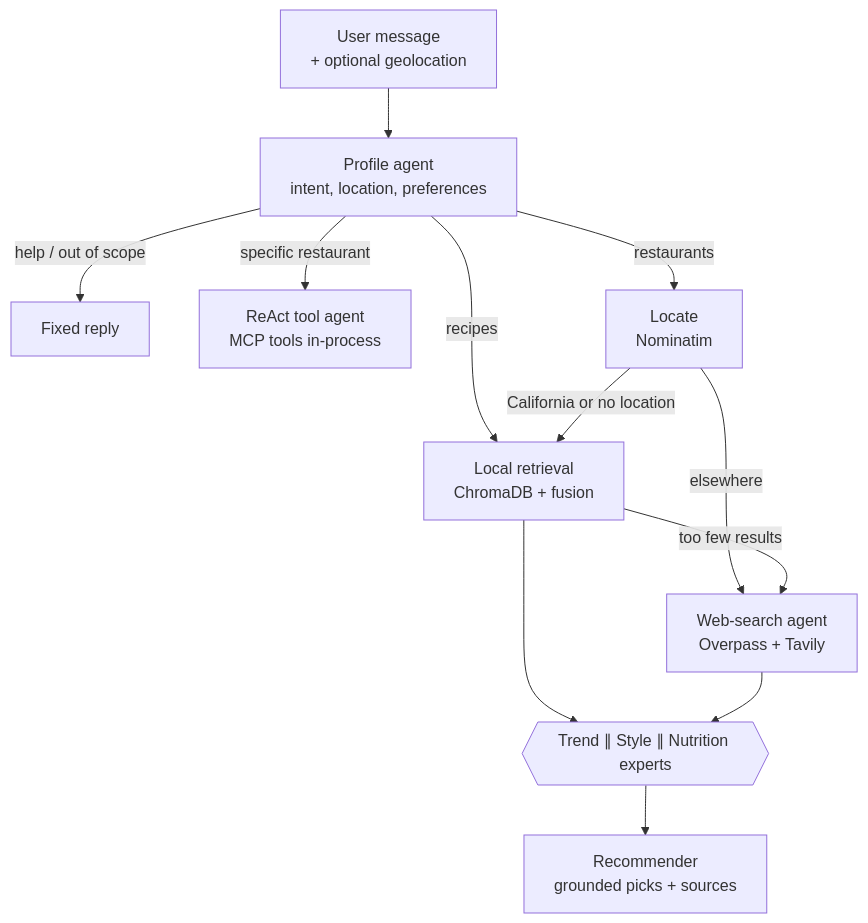
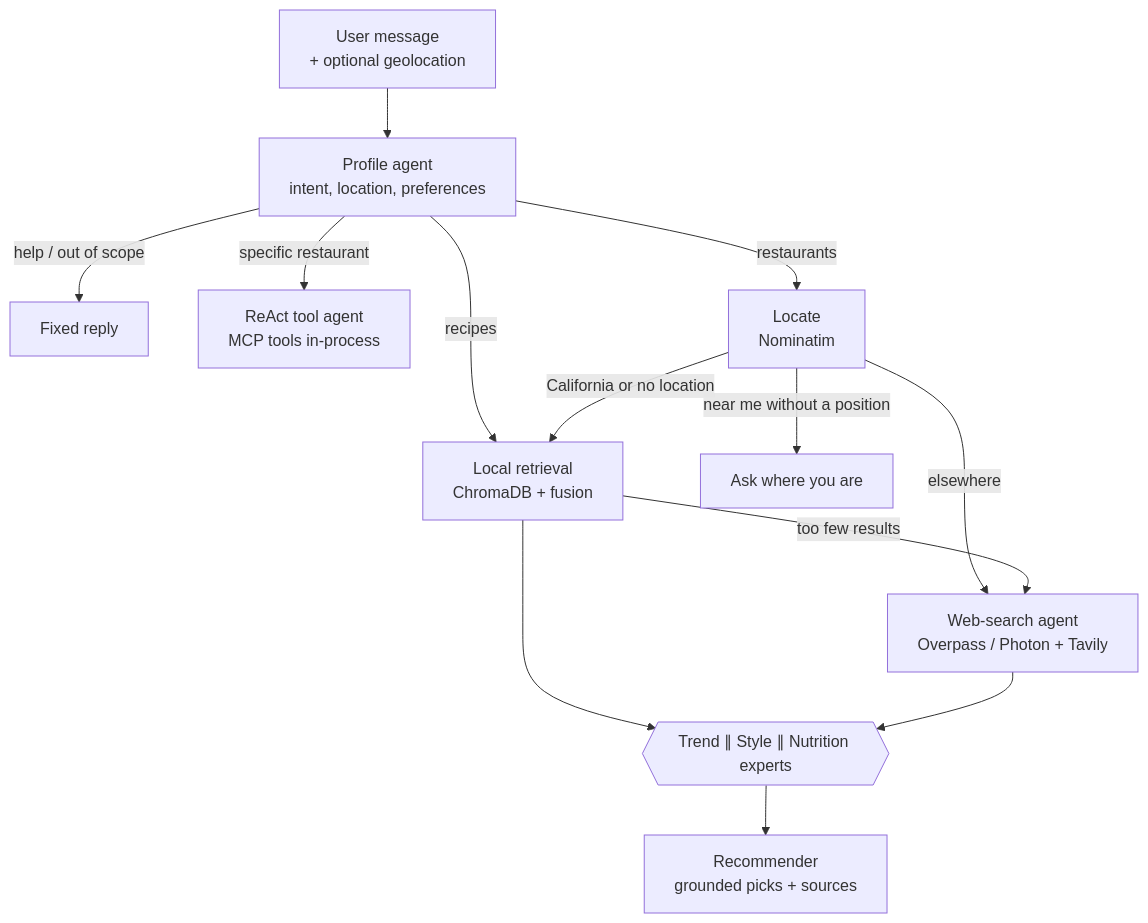
Before and after one commit to SebastianEcheverryL/connoisseur-companion: the diagram in README.md, drawn with Mermaid. The commit also changed other lines of this file and 1 other file, not shown here.

````diff
--- a/README.md
+++ b/README.md
@@ -20,14 +21,15 @@
 ```mermaid
 flowchart TD
     U[User message<br/>+ optional geolocation] --> P[Profile agent<br/>intent, location, preferences]
     P -->|help / out of scope| R[Fixed reply]
     P -->|specific restaurant| T[ReAct tool agent<br/>MCP tools in-process]
     P -->|recipes| L
     P -->|restaurants| G[Locate<br/>Nominatim]
+    G -->|near me without a position| A[Ask where you are]
     G -->|California or no location| L[Local retrieval<br/>ChromaDB + fusion]
-    G -->|elsewhere| W[Web-search agent<br/>Overpass + Tavily]
+    G -->|elsewhere| W[Web-search agent<br/>Overpass / Photon + Tavily]
     L -->|too few results| W
     L --> E{{Trend ∥ Style ∥ Nutrition experts}}
     W --> E
     E --> C[Recommender<br/>grounded picks + sources]
 ```
````
